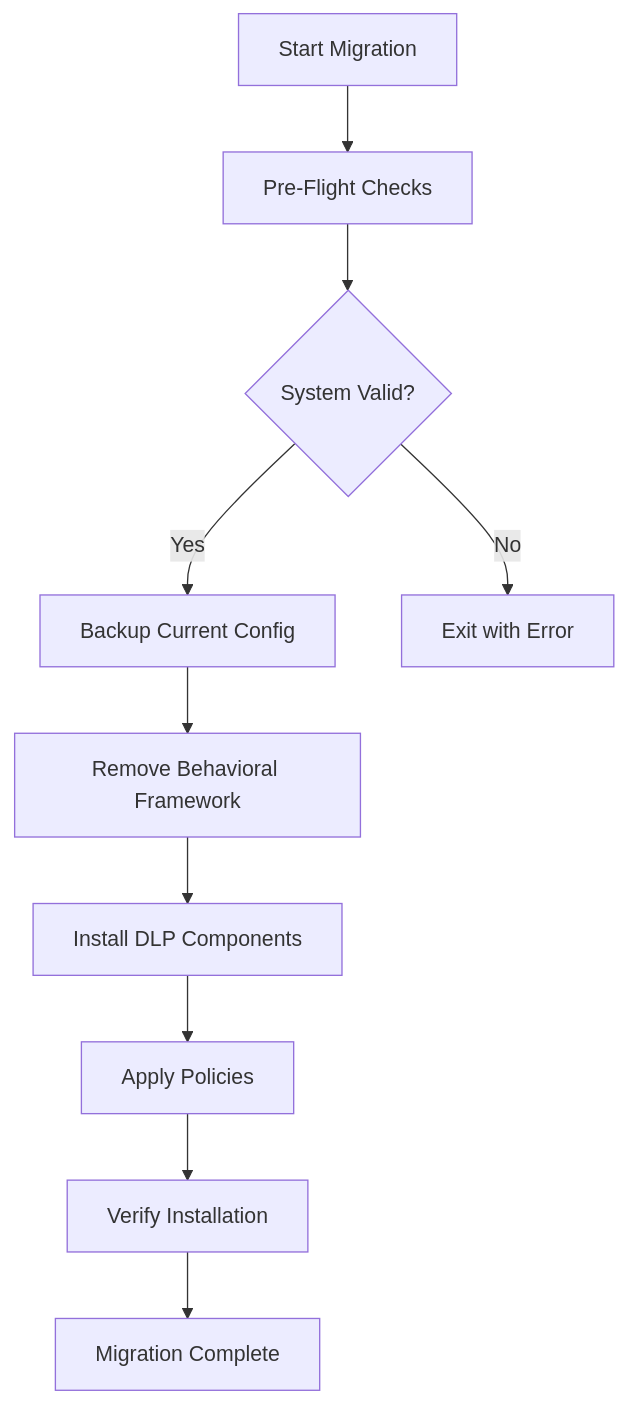
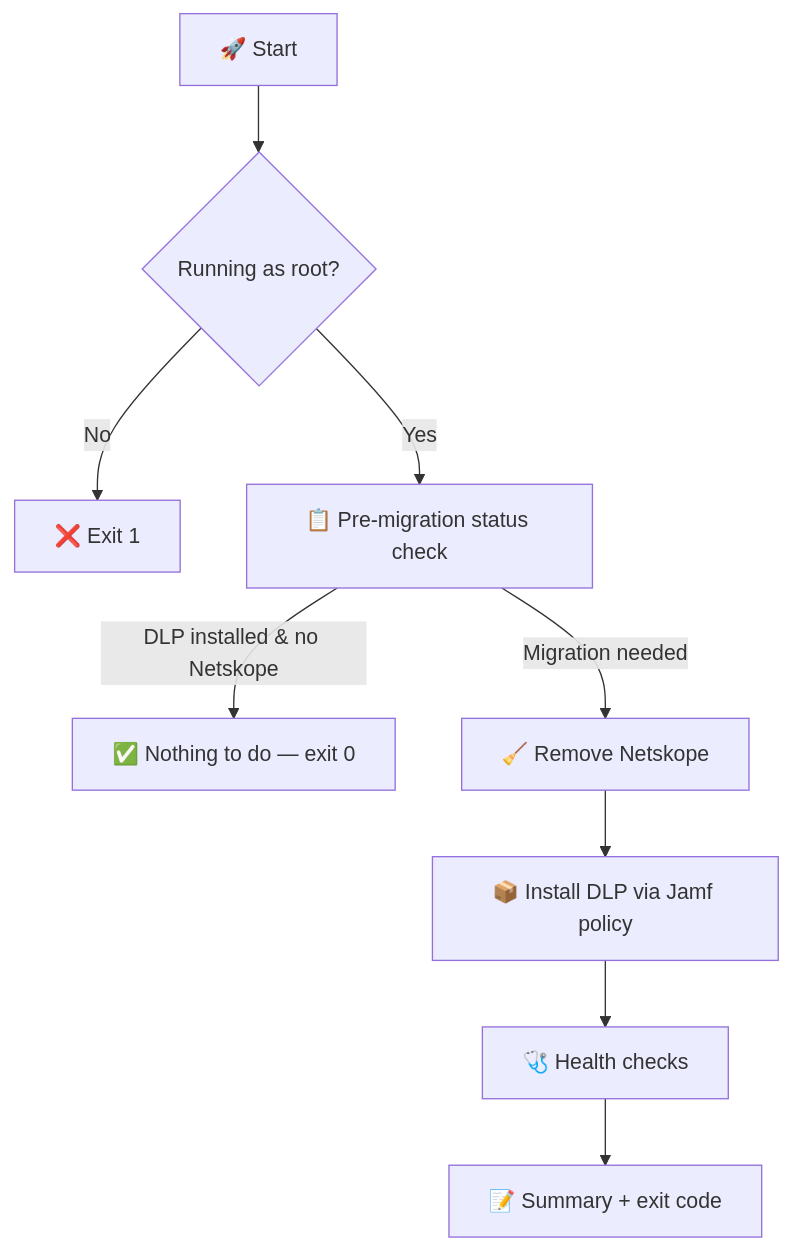
Before and after one commit to CaputoDavide93/Jamf-DLP-Migration: the diagram in README.md, drawn with Mermaid. The commit also changed other lines of this file and 2 other files, not shown here.

First line of the commit message:
docs: fix subject (Netskope, not Behavioral Framework) and remove phantom safety features

````diff
--- a/README.md
+++ b/README.md
@@ -128,12 +122,11 @@
 ```mermaid
 graph TD
-    A[Start Migration] --> B[Pre-Flight Checks]
-    B --> C{System Valid?}
-    C -->|Yes| D[Backup Current Config]
-    C -->|No| E[Exit with Error]
-    D --> F[Remove Behavioral Framework]
-    F --> G[Install DLP Components]
-    G --> H[Apply Policies]
-    H --> I[Verify Installation]
-    I --> J[Migration Complete]
+    A[🚀 Start] --> B{Running as root?}
+    B -->|No| X[❌ Exit 1]
+    B -->|Yes| C[📋 Pre-migration status check]
+    C -->|DLP installed & no Netskope| Z[✅ Nothing to do — exit 0]
+    C -->|Migration needed| D[🧹 Remove Netskope]
+    D --> E[📦 Install DLP via Jamf policy]
+    E --> F[🩺 Health checks]
+    F --> G[📝 Summary + exit code]
 ```
````
